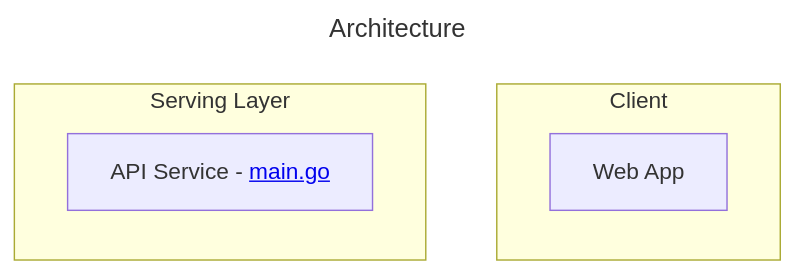
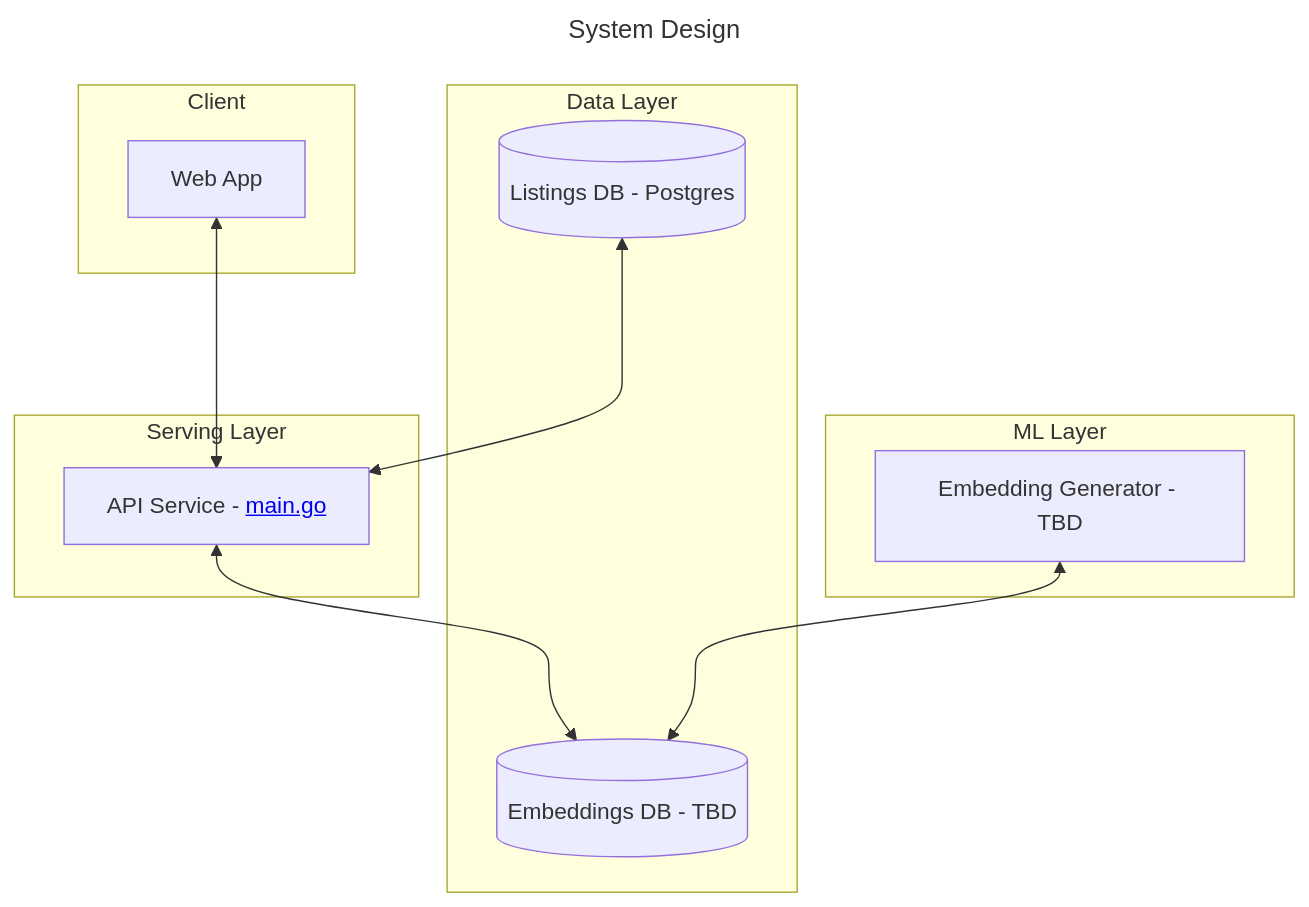
One commit to BeyCoder/SemanticListingSearch changed the diagram in README.md. Above: the diagram before and after it, drawn with Mermaid.

Commit message:
Initial system design

````diff
--- a/README.md
+++ b/README.md
@@ -1,16 +1,30 @@
 ```mermaid
 ---
-title: Architecture
+title: System Design
 ---
 
-graph TD
-    
+flowchart TB
+
 subgraph Client 
     client_app[Web App]
 end
 
-subgraph Serving Layer 
-    api[API Service - <a href='main.go'>main.go</a>]
+subgraph Serving Layer
+    api[API Service - <a href='https://github.com/BeyCoder/SemanticListingSearch/blob/main/main.go'>main.go</a>]
 end
 
+subgraph Data Layer 
+    db[(Listings DB - Postgres)]
+    embeddings_db[(Embeddings DB - TBD)]
+end
+
+subgraph ML Layer
+    embedding_generator[Embedding Generator - TBD]
+end
+
+client_app<--->api
+db<--->api<--->embeddings_db
+embedding_generator<--->embeddings_db
+
+
 ```
````
